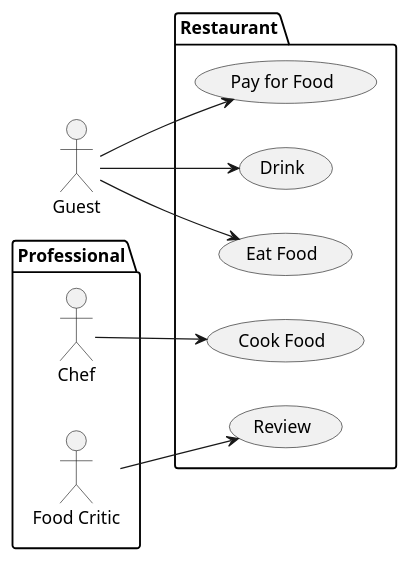
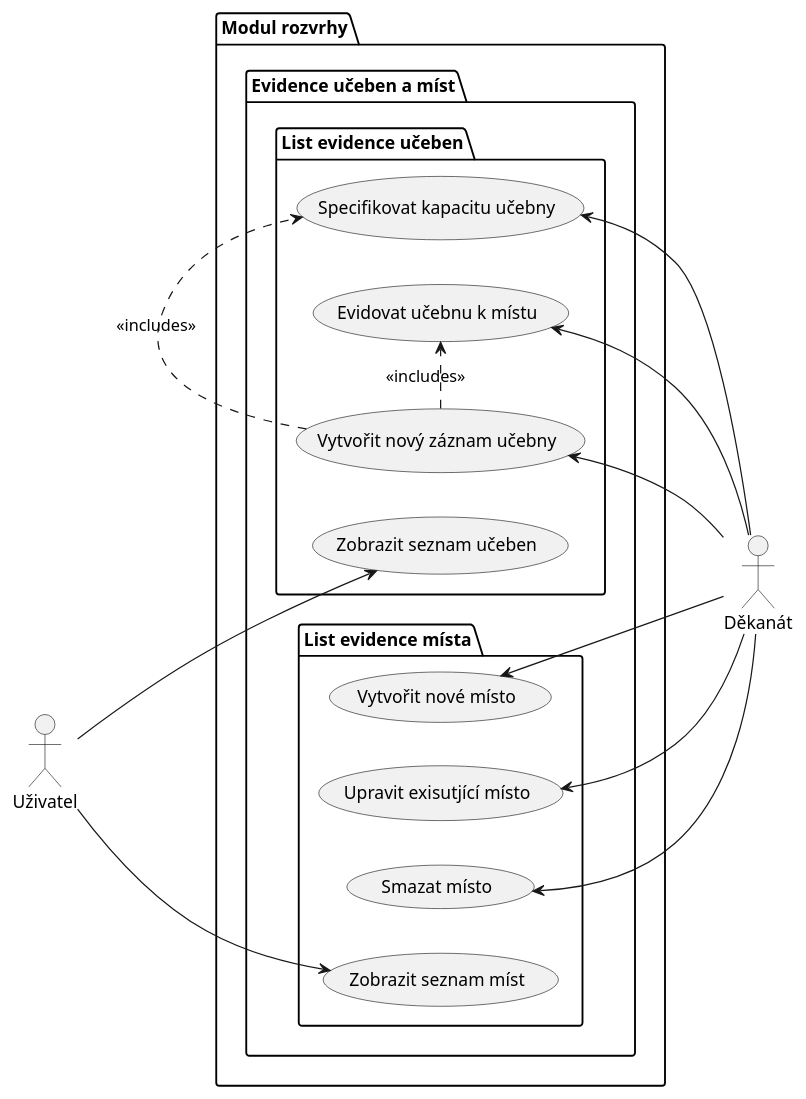
The eighth of 9 diagrams in seminar-work-template.md (Cross-bit/NSWI041), drawn with PlantUML before and after one commit. The commit also changed other lines of this file, not shown here.

````diff
--- a/seminar-work-template.md
+++ b/seminar-work-template.md
@@ -531,22 +480,40 @@
 ```plantuml
 @startuml
 left to right direction
-actor Guest as g
-package Professional {
-  actor Chef as c
-  actor "Food Critic" as fc
+
+actor Děkanát
+actor Uživatel
+
+package "Modul rozvrhy" {
+    Package "Evidence učeben a míst" {
+
+        Package "List evidence učeben" {
+            usecase "Evidovat učebnu k místu" as UC1
+            usecase "Vytvořit nový záznam učebny" as UC3
+            usecase "Specifikovat kapacitu učebny" as UC2
+            usecase "Zobrazit seznam učeben" as UC4
+        }
+
+        Package "List evidence místa" {
+            usecase "Vytvořit nové místo" as UC5
+            usecase "Upravit exisutjící místo" as UC6
+            usecase "Smazat místo" as UC7
+            usecase "Zobrazit seznam míst" as UC8
+        }
+    }
 }
-package Restaurant {
-  usecase "Eat Food" as UC1
-  usecase "Pay for Food" as UC2
-  usecase "Drink" as UC3
-  usecase "Review" as UC4
-  usecase "Cook Food" as UC5
-}
-c --> UC5
-fc --> UC4
-g --> UC1
-g --> UC2
-g --> UC3
+
+UC3 <-- Děkanát
+UC2 <-- Děkanát
+UC5 <-- Děkanát
+UC6 <-- Děkanát
+UC7 <-- Děkanát
+UC1 <-- Děkanát
+
+Uživatel --> UC4
+Uživatel --> UC8
+
+UC3 .> UC2 : << includes >>
+UC3 .> UC1 : << includes >>
 @enduml
 ```
````
